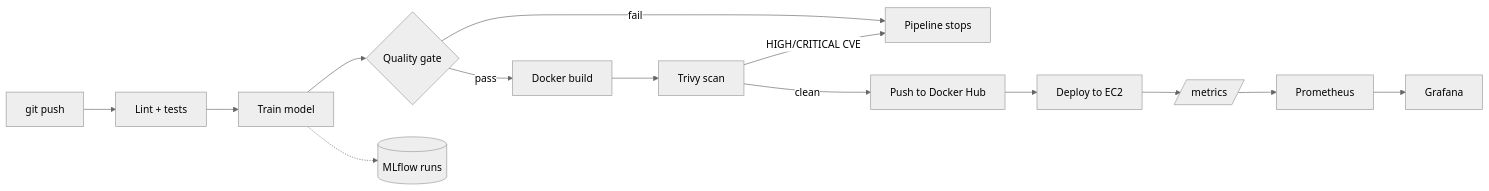
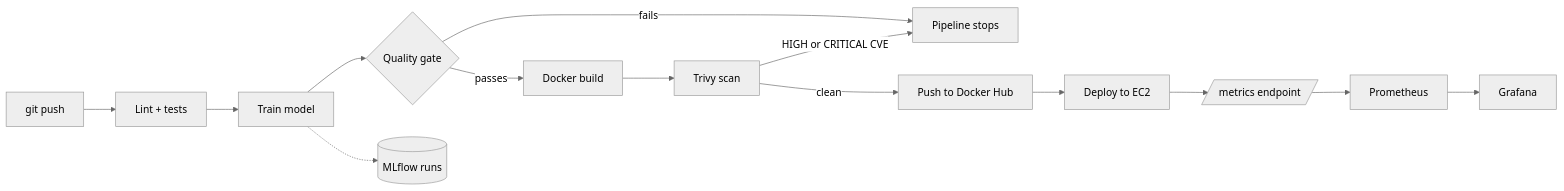
One commit to ruchitasingla/churn-mlops changed the diagram in README.md. Above: the diagram before and after it, drawn with Mermaid (neutral theme). The commit also changed other lines of this file, not shown here.

````diff
--- a/README.md
+++ b/README.md
@@ -14,15 +60,15 @@
 ```mermaid
 flowchart LR
     A[git push] --> B[Lint + tests]
     B --> C[Train model]
     C --> D{Quality gate}
-    D -- fail --> X[Pipeline stops]
-    D -- pass --> E[Docker build]
+    D -- fails --> X[Pipeline stops]
+    D -- passes --> E[Docker build]
     E --> F[Trivy scan]
-    F -- HIGH/CRITICAL CVE --> X
+    F -- HIGH or CRITICAL CVE --> X
     F -- clean --> G[Push to Docker Hub]
     G --> H[Deploy to EC2]
     C -.-> M[(MLflow runs)]
-    H --> P[/metrics/]
+    H --> P[/metrics endpoint/]
     P --> Q[Prometheus] --> R[Grafana]
 ```
````
